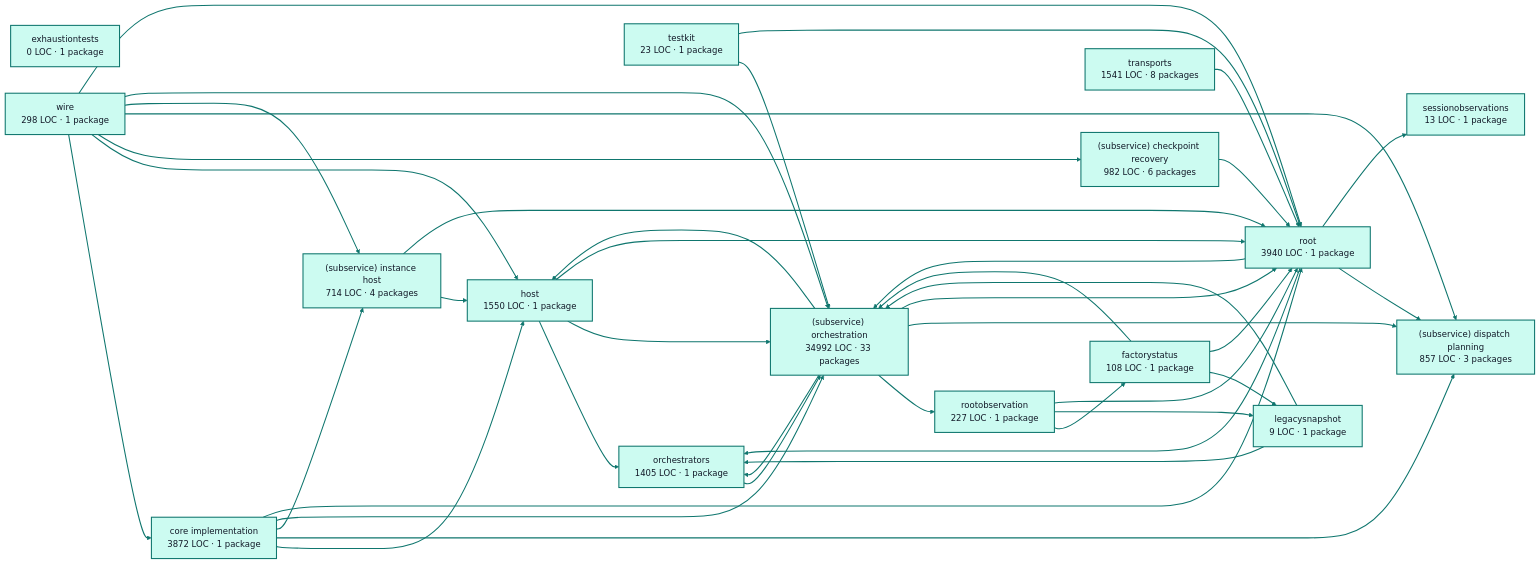
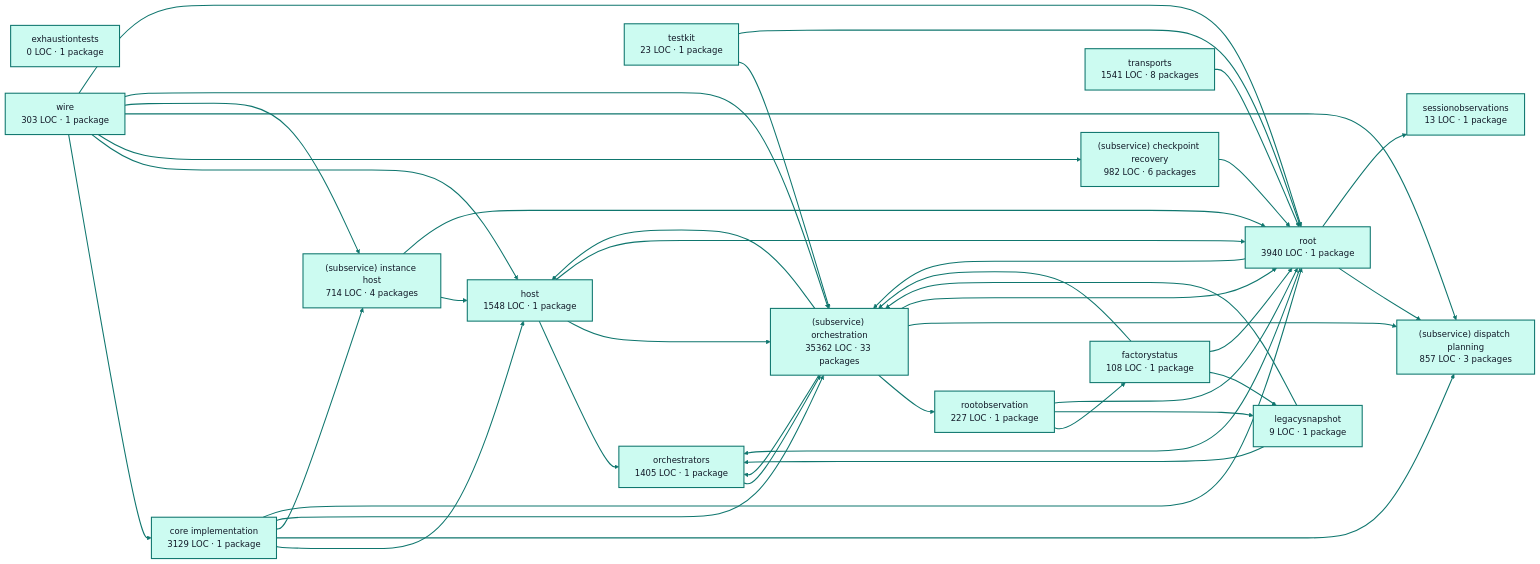
Before and after one commit to portpowered/you-agent-factory: the diagram in docs/architecture/visualizations/services/factory_runtime.md, drawn with Mermaid (forest theme). The commit also changed other lines of this file and 21 other files, not shown here.

Commit message:
docs: refresh backend architecture visualizations

````diff
--- a/docs/architecture/visualizations/services/factory_runtime.md
+++ b/docs/architecture/visualizations/services/factory_runtime.md
@@ -11,75 +11,75 @@
 ```mermaid
 flowchart LR
-  p0["core implementation<br/>3872 LOC · 1 package"]
+  p0["core implementation<br/>3129 LOC · 1 package"]
   p1["exhaustiontests<br/>0 LOC · 1 package"]
   p2["factorystatus<br/>108 LOC · 1 package"]
-  p3["host<br/>1550 LOC · 1 package"]
+  p3["host<br/>1548 LOC · 1 package"]
   p4["legacysnapshot<br/>9 LOC · 1 package"]
   p5["orchestrators<br/>1405 LOC · 1 package"]
   p6["rootobservation<br/>227 LOC · 1 package"]
   p7["(subservice) checkpoint recovery<br/>982 LOC · 6 packages"]
   p8["(subservice) dispatch planning<br/>857 LOC · 3 packages"]
   p9["(subservice) instance host<br/>714 LOC · 4 packages"]
-  p10["(subservice) orchestration<br/>34992 LOC · 33 packages"]
+  p10["(subservice) orchestration<br/>35362 LOC · 33 packages"]
   p11["sessionobservations<br/>13 LOC · 1 package"]
   p12["testkit<br/>23 LOC · 1 package"]
   p13["root<br/>3940 LOC · 1 package"]
   p14["transports<br/>1541 LOC · 8 packages"]
-  p15["wire<br/>298 LOC · 1 package"]
+  p15["wire<br/>303 LOC · 1 package"]
   p0 --> p3
   p0 --> p8
   p0 --> p9
   p0 --> p10
   p0 --> p13
   p2 --> p4
   p2 --> p10
   p2 --> p13
   p3 --> p5
   p3 --> p10
   p3 --> p13
   p4 --> p5
   p4 --> p10
   p5 --> p10
   p6 --> p2
   p6 --> p4
   p6 --> p13
   p7 --> p13
   p9 --> p3
   p9 --> p13
   p10 --> p3
   p10 --> p5
   p10 --> p6
   p10 --> p8
   p10 --> p13
   p12 --> p10
   p12 --> p13
   p13 --> p5
   p13 --> p8
   p13 --> p10
   p13 --> p11
   p14 --> p13
   p15 --> p0
   p15 --> p3
   p15 --> p7
   p15 --> p8
   p15 --> p9
   p15 --> p10
   p15 --> p13
   style p0 fill:#ccfbf1,stroke:#0f766e,stroke-width:2px,color:#111827
   style p1 fill:#ccfbf1,stroke:#0f766e,stroke-width:2px,color:#111827
   style p2 fill:#ccfbf1,stroke:#0f766e,stroke-width:2px,color:#111827
   style p3 fill:#ccfbf1,stroke:#0f766e,stroke-width:2px,color:#111827
   style p4 fill:#ccfbf1,stroke:#0f766e,stroke-width:2px,color:#111827
   style p5 fill:#ccfbf1,stroke:#0f766e,stroke-width:2px,color:#111827
   style p6 fill:#ccfbf1,stroke:#0f766e,stroke-width:2px,color:#111827
   style p7 fill:#ccfbf1,stroke:#0f766e,stroke-width:2px,color:#111827
   style p8 fill:#ccfbf1,stroke:#0f766e,stroke-width:2px,color:#111827
   style p9 fill:#ccfbf1,stroke:#0f766e,stroke-width:2px,color:#111827
   style p10 fill:#ccfbf1,stroke:#0f766e,stroke-width:2px,color:#111827
   style p11 fill:#ccfbf1,stroke:#0f766e,stroke-width:2px,color:#111827
   style p12 fill:#ccfbf1,stroke:#0f766e,stroke-width:2px,color:#111827
   style p13 fill:#ccfbf1,stroke:#0f766e,stroke-width:2px,color:#111827
   style p14 fill:#ccfbf1,stroke:#0f766e,stroke-width:2px,color:#111827
   style p15 fill:#ccfbf1,stroke:#0f766e,stroke-width:2px,color:#111827
   linkStyle default stroke:#0f766e,stroke-width:2px
 ```
````
